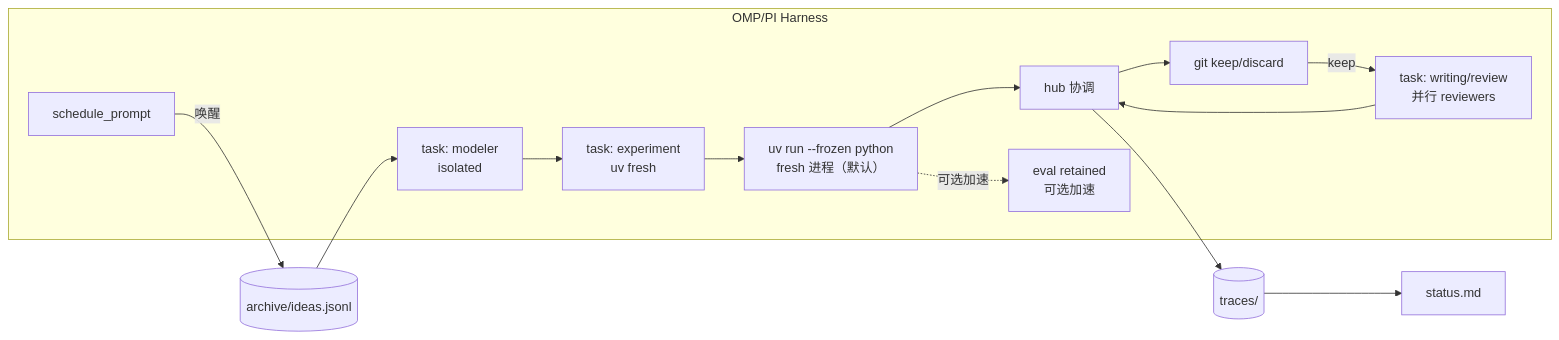
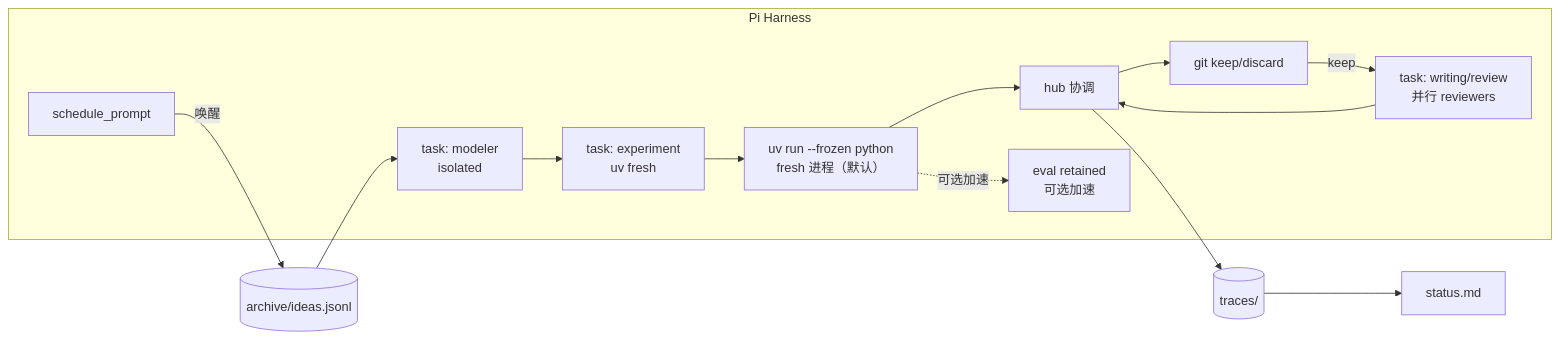
Before and after one commit to dbydd/research-flywheel: the second of 2 diagrams in template/00-spec.md, drawn with Mermaid. The commit also changed other lines of this file and 93 other files, not shown here.

````diff
--- a/template/00-spec.md
+++ b/template/00-spec.md
@@ -275,21 +275,21 @@
 ```mermaid
 flowchart LR
-    subgraph Harness [OMP/PI Harness]
+    subgraph Harness [Pi Harness]
         Sched[schedule_prompt]
         Hub[hub 协调]
         UV[uv run --frozen python<br/>fresh 进程（默认）]
         EvalOpt[eval retained<br/>可选加速]
         TaskA[task: modeler<br/>isolated]
         TaskB[task: experiment<br/>uv fresh]
         TaskC[task: writing/review<br/>并行 reviewers]
         Git[git keep/discard]
     end
     IdeaPool[(archive/ideas.jsonl)]
     Sched -->|唤醒| IdeaPool
     IdeaPool --> TaskA --> TaskB --> UV
     UV -.可选加速.-> EvalOpt
     UV --> Hub --> Git
     Git -->|keep| TaskC --> Hub
     Hub --> Trace[(traces/)]
     Trace --> Status[status.md]
 ```
````
